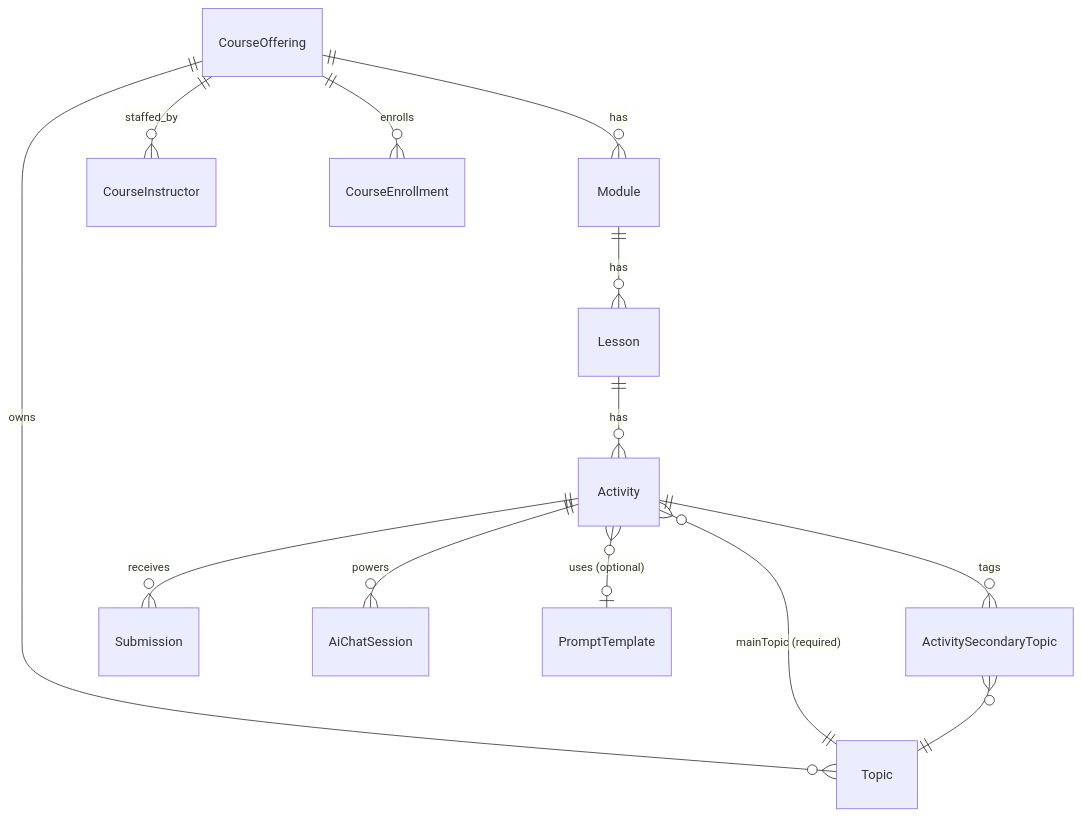
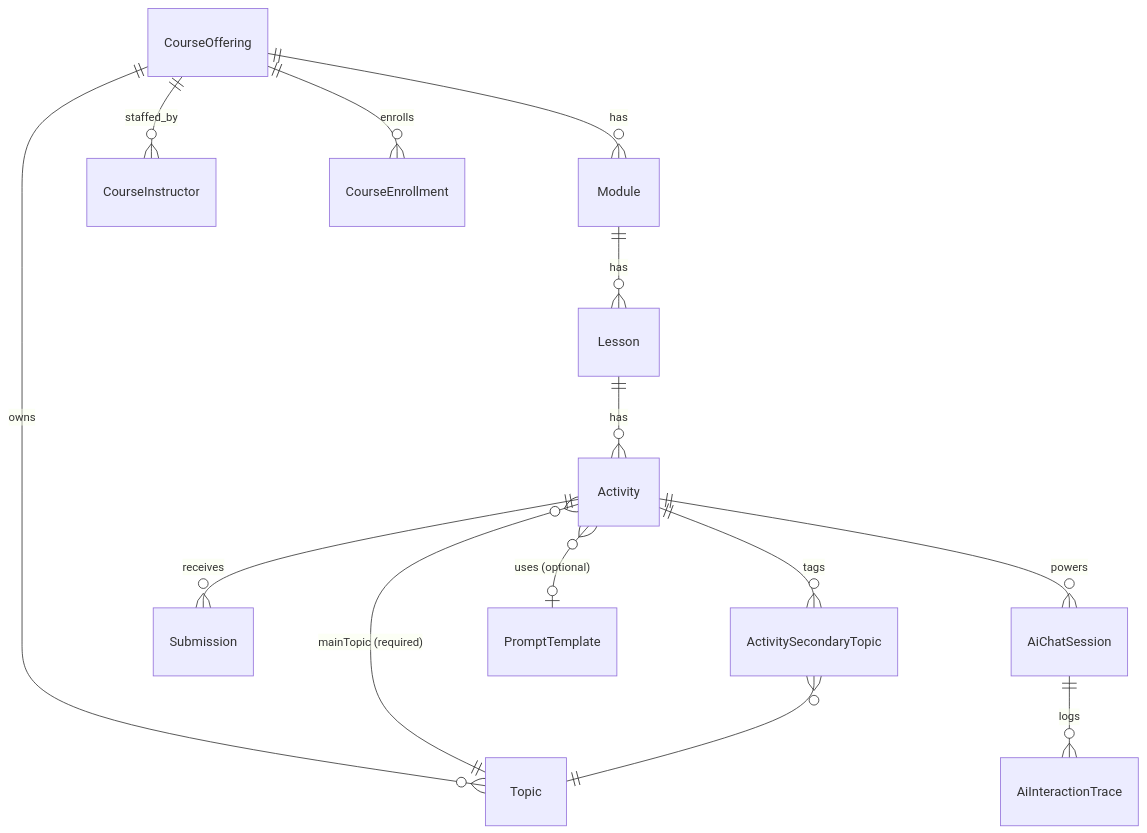
Before and after one commit to EduAI-Lab/EduAI: the fourth of 4 diagrams in apps/extensions/ai-tutor/docs/ARCHITECTURE.md, drawn with Mermaid. The commit also changed other lines of this file and 10 other files, not shown here.

````diff
--- a/apps/extensions/ai-tutor/docs/ARCHITECTURE.md
+++ b/apps/extensions/ai-tutor/docs/ARCHITECTURE.md
@@ -255,15 +215,16 @@
 ```mermaid
 erDiagram
     CourseOffering ||--o{ Module : has
     CourseOffering ||--o{ Topic : owns
     CourseOffering ||--o{ CourseInstructor : staffed_by
     CourseOffering ||--o{ CourseEnrollment : enrolls
     Module ||--o{ Lesson : has
     Lesson ||--o{ Activity : has
     Activity }o--|| Topic : "mainTopic (required)"
     Activity ||--o{ ActivitySecondaryTopic : tags
     ActivitySecondaryTopic }o--|| Topic : ""
     Activity ||--o{ Submission : receives
     Activity ||--o{ AiChatSession : powers
+    AiChatSession ||--o{ AiInteractionTrace : logs
     Activity }o--o| PromptTemplate : "uses (optional)"
 ```
````
